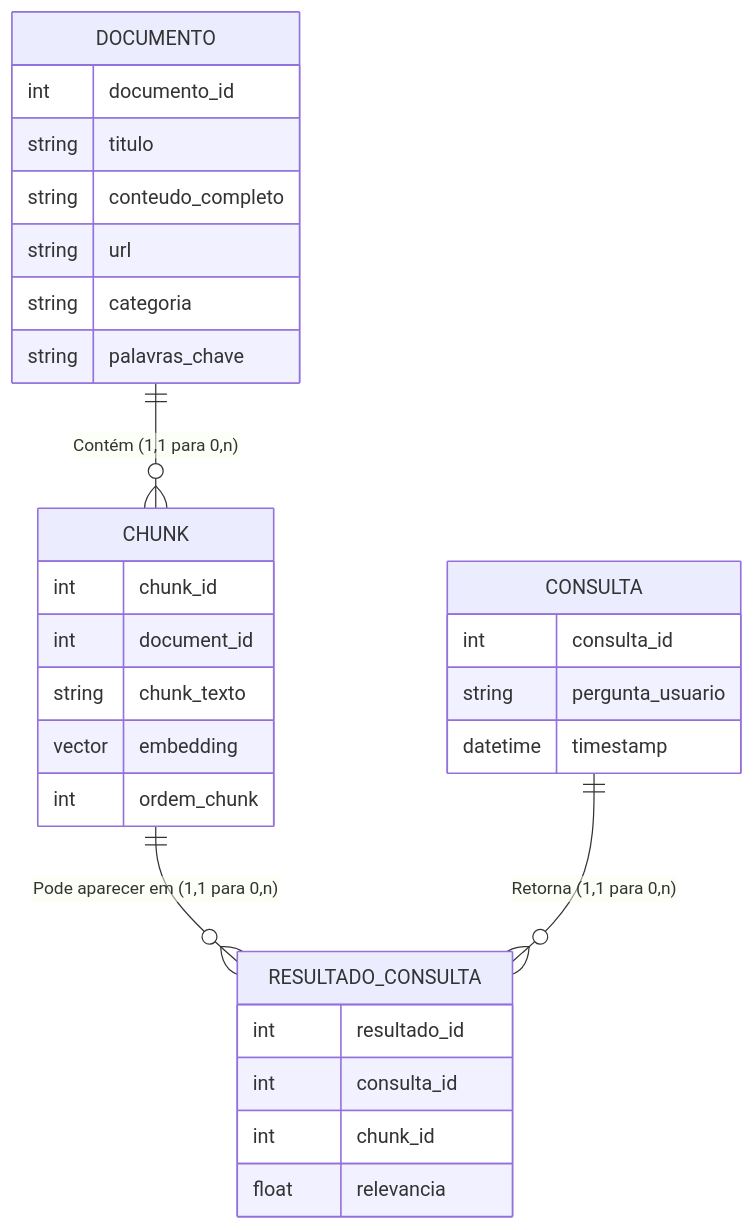
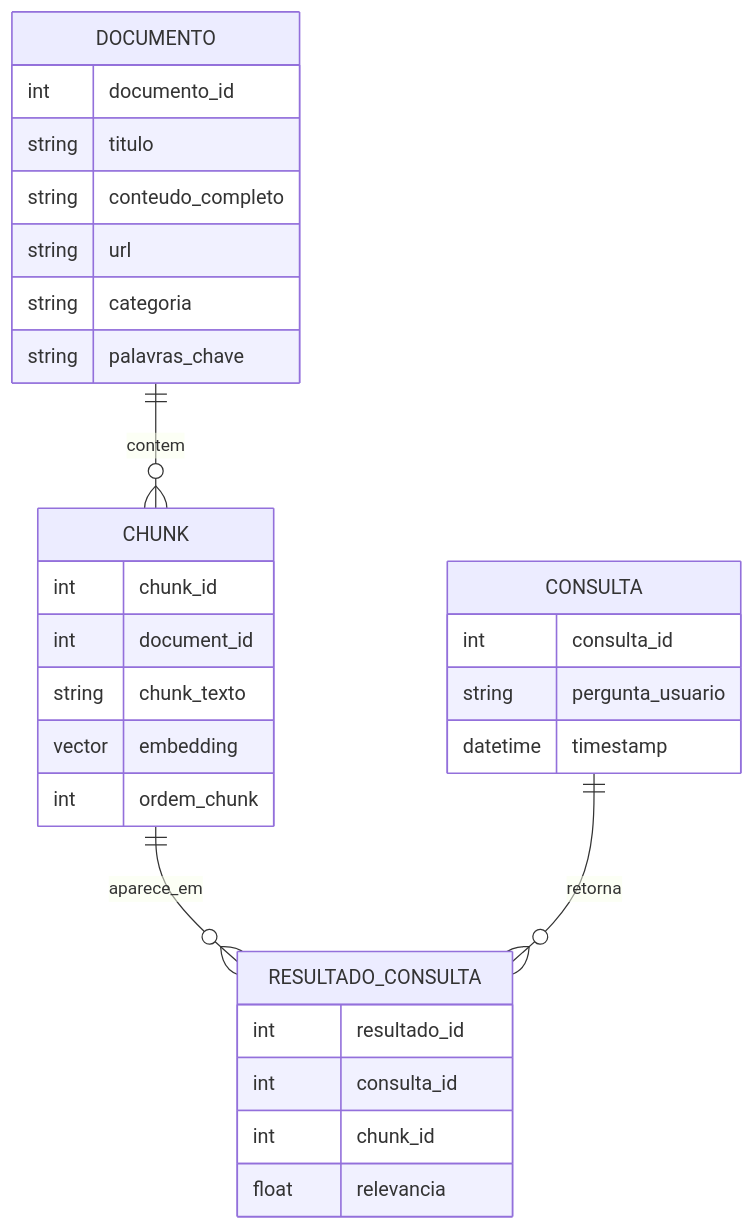
The diagram in docs/05_modelo_de_dados.md (fonseca0015/chatBotAWS1), drawn with Mermaid before and after one commit. The commit also changed other lines of this file and 9 other files, not shown here.

Commit message:
fix(docs): corrige sintaxe mermaid para renderizacao no github e adiciona workflow n8n com testes

````diff
--- a/docs/05_modelo_de_dados.md
+++ b/docs/05_modelo_de_dados.md
@@ -6,36 +6,36 @@
 ```mermaid
 erDiagram
-    DOCUMENTO ||--o{ CHUNK : "Contém (1,1 para 0,n)"
-    CHUNK ||--o{ RESULTADO_CONSULTA : "Pode aparecer em (1,1 para 0,n)"
-    CONSULTA ||--o{ RESULTADO_CONSULTA : "Retorna (1,1 para 0,n)"
+    DOCUMENTO ||--o{ CHUNK : "contem"
+    CHUNK ||--o{ RESULTADO_CONSULTA : "aparece_em"
+    CONSULTA ||--o{ RESULTADO_CONSULTA : "retorna"
 
     DOCUMENTO {
         int documento_id
         string titulo
         string conteudo_completo
         string url
         string categoria
         string palavras_chave
     }
 
     CHUNK {
         int chunk_id
         int document_id
         string chunk_texto
         vector embedding
         int ordem_chunk
     }
 
     CONSULTA {
         int consulta_id
         string pergunta_usuario
         datetime timestamp
     }
 
     RESULTADO_CONSULTA {
         int resultado_id
         int consulta_id
         int chunk_id
         float relevancia
     }
 ```
````
